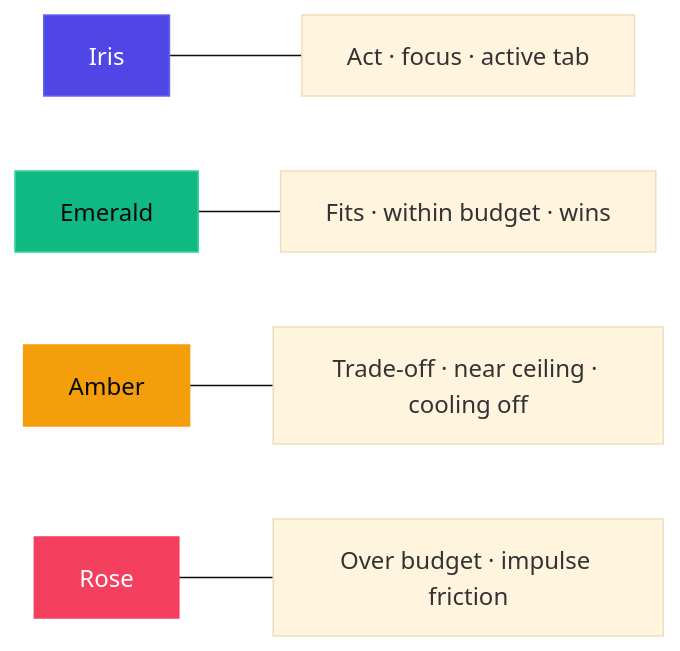
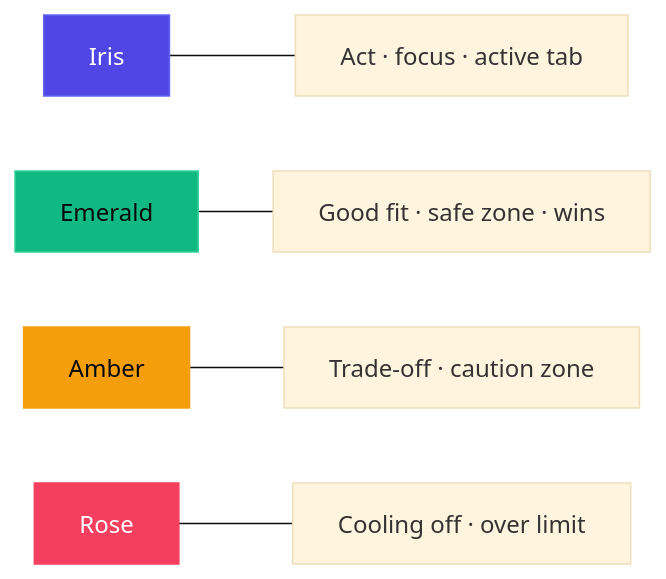
The first of 2 diagrams in docs/DESIGN_SYSTEM.md (KrishKamra/Clarion), drawn with Mermaid (base theme) before and after one commit. The commit also changed other lines of this file and 65 other files, not shown here.

````diff
--- a/docs/DESIGN_SYSTEM.md
+++ b/docs/DESIGN_SYSTEM.md
@@ -33,11 +34,11 @@
 ```mermaid
 flowchart LR
   I["Iris"] --- I1["Act · focus · active tab"]
-  E["Emerald"] --- E1["Fits · within budget · wins"]
-  A["Amber"] --- A1["Trade-off · near ceiling · cooling off"]
-  R["Rose"] --- R1["Over budget · impulse friction"]
+  E["Emerald"] --- E1["Good fit · safe zone · wins"]
+  A["Amber"] --- A1["Trade-off · caution zone"]
+  R["Rose"] --- R1["Cooling off · over limit"]
   style I fill:#4F46E5,color:#fff,stroke:#6366F1
-  style E fill:#10B981,color:#08090C,stroke:#34D399
-  style A fill:#F59E0B,color:#08090C,stroke:#F59E0B
+  style E fill:#10B981,color:#07080B,stroke:#34D399
+  style A fill:#F59E0B,color:#07080B,stroke:#F59E0B
   style R fill:#F43F5E,color:#fff,stroke:#F43F5E
 ```
````
